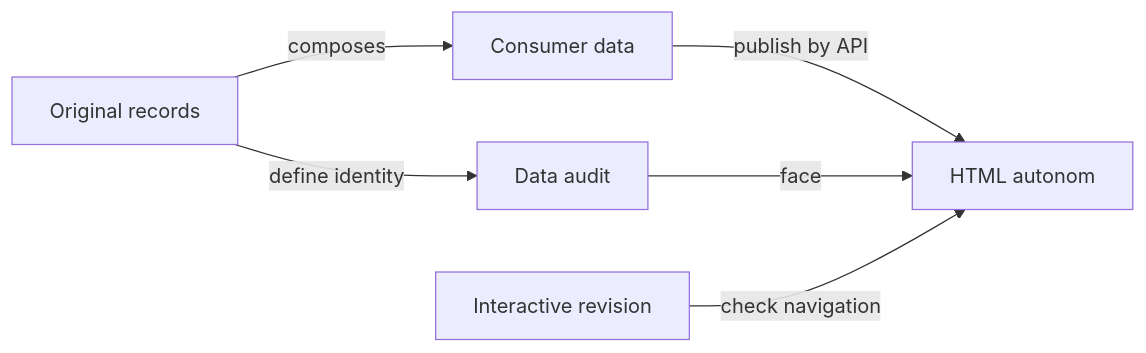
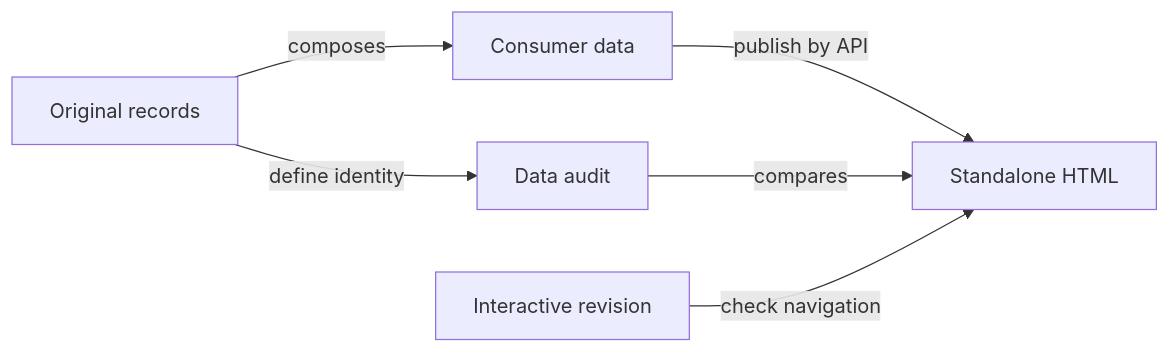
The first of 2 diagrams in docs/reporting/ATF_Audit.md (crististefanita/atf_j4), drawn with Mermaid before and after one commit. The commit also changed other lines of this file and 126 other files, not shown here.

````diff
--- a/docs/reporting/ATF_Audit.md
+++ b/docs/reporting/ATF_Audit.md
@@ -9,8 +9,8 @@
 ```mermaid
 flowchart LR
     RECEIPT[Original records] -->|composes| INPUT[Consumer data]
-    INPUT -->|publish by API| HTML[HTML autonom]
+    INPUT -->|publish by API| HTML[Standalone HTML]
     RECEIPT -->|define identity| DATA[Data audit]
-    DATA -->|face| HTML
+    DATA -->|compares| HTML
     BROWSER[Interactive revision] -->|check navigation| HTML
 ```
````
